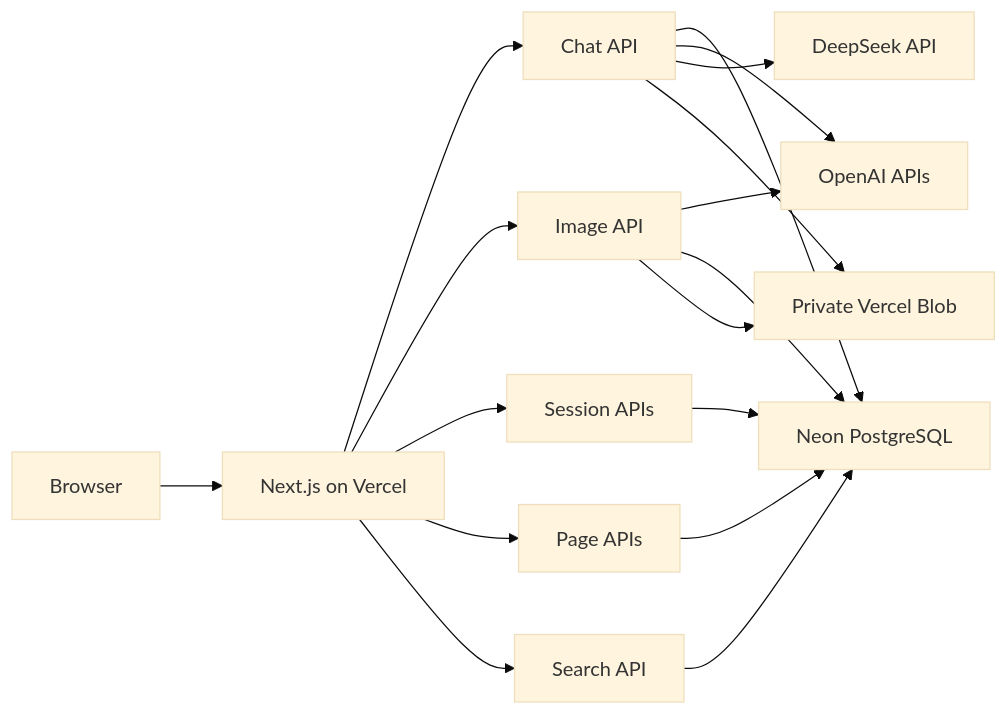
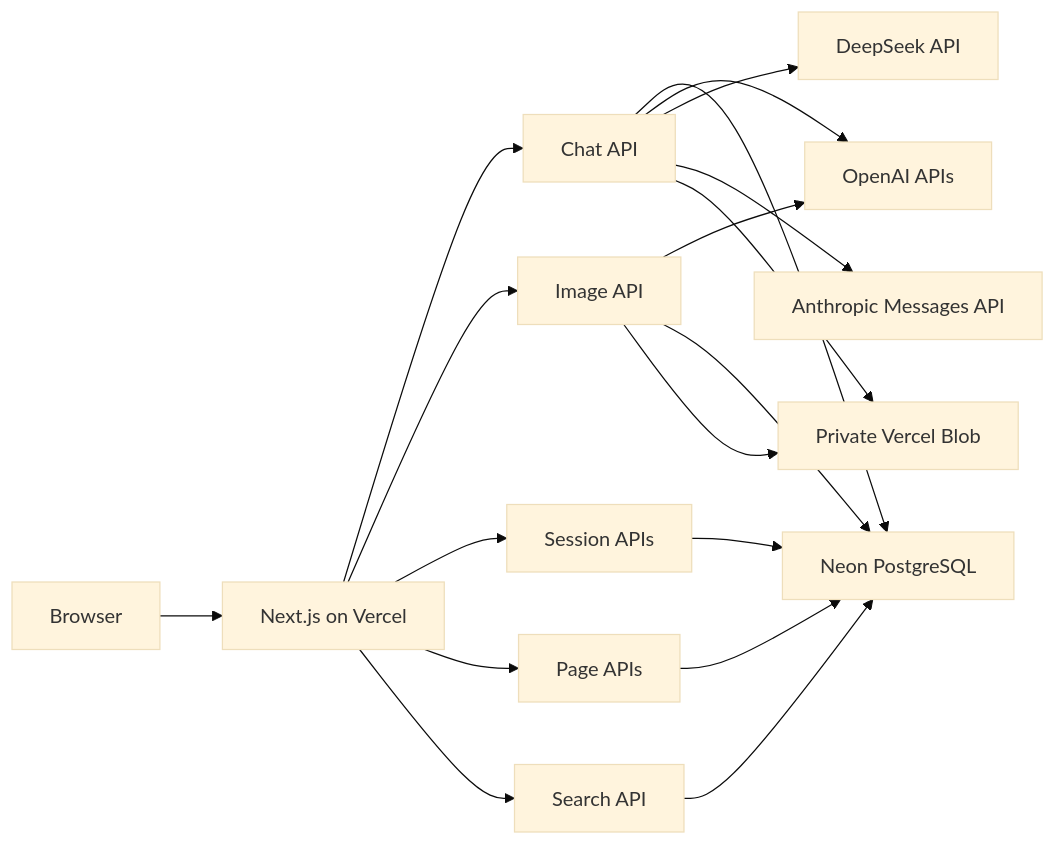
Before and after one commit to kakumine2001/NoteFable: the diagram in docs/architecture/README.md, drawn with Mermaid (base theme). The commit also changed other lines of this file and 9 other files, not shown here.

Commit message:
docs: align NoteFable product and architecture guides with implementation

````diff
--- a/docs/architecture/README.md
+++ b/docs/architecture/README.md
@@ -29,31 +30,33 @@
 ```mermaid
 flowchart LR
     Browser["Browser"]
     App["Next.js on Vercel"]
     Chat["Chat API"]
     Images["Image API"]
     Sessions["Session APIs"]
     Pages["Page APIs"]
     Search["Search API"]
     Neon["Neon PostgreSQL"]
     Blob["Private Vercel Blob"]
     OpenAI["OpenAI APIs"]
     DeepSeek["DeepSeek API"]
+    Anthropic["Anthropic Messages API"]
 
     Browser --> App
     App --> Chat
     App --> Images
     App --> Sessions
     App --> Pages
     App --> Search
     Chat --> Neon
     Chat --> OpenAI
     Chat --> DeepSeek
+    Chat --> Anthropic
     Chat --> Blob
     Images --> OpenAI
     Images --> Neon
     Images --> Blob
     Sessions --> Neon
     Pages --> Neon
     Search --> Neon
 ```
````
